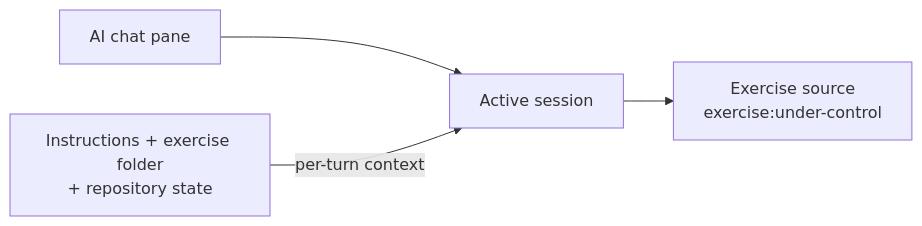
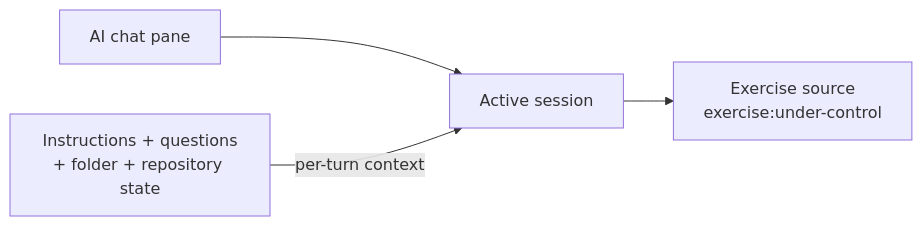
The second of 3 diagrams in docs/architecture/ai-chat-sources.md (git-mastery/git-mastery-desktop), drawn with Mermaid before and after one commit. The commit also changed other lines of this file and 16 other files, not shown here.

````diff
--- a/docs/architecture/ai-chat-sources.md
+++ b/docs/architecture/ai-chat-sources.md
@@ -28,6 +28,6 @@
 ```mermaid
 flowchart LR
     P["AI chat pane"] --> S["Active session"]
     S --> E["Exercise source<br/>exercise:under-control"]
-    EC["Instructions + exercise folder<br/>+ repository state"] -->|per-turn context| S
+    EC["Instructions + questions<br/>+ folder + repository state"] -->|per-turn context| S
 ```
````
